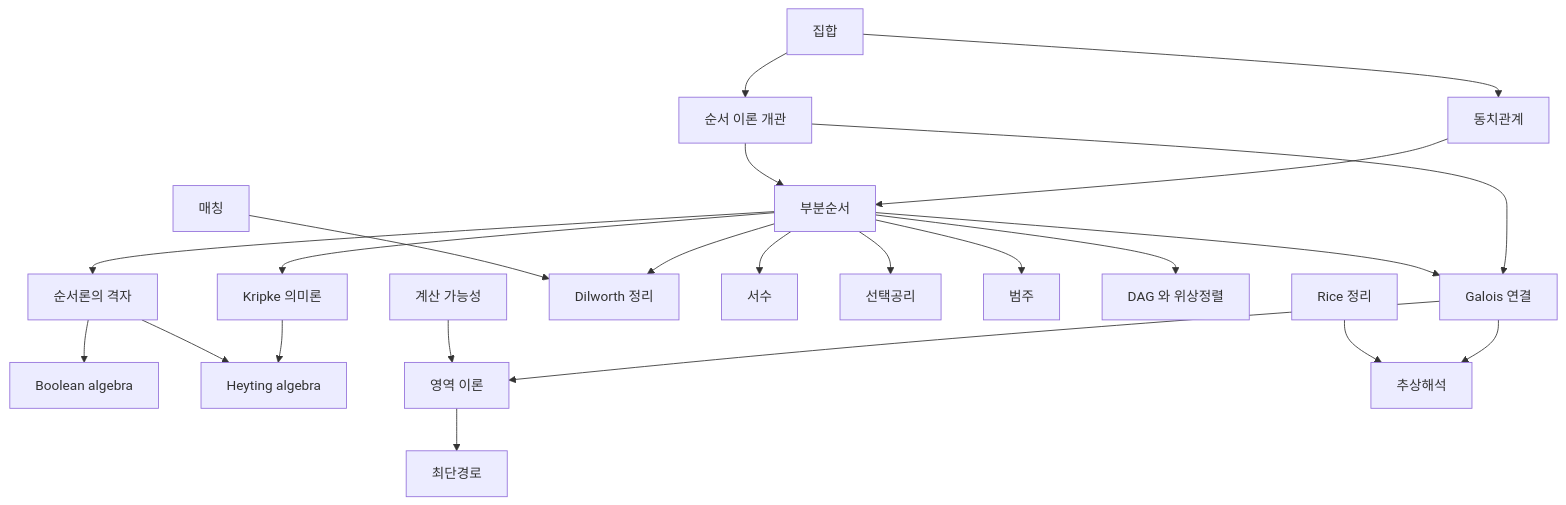
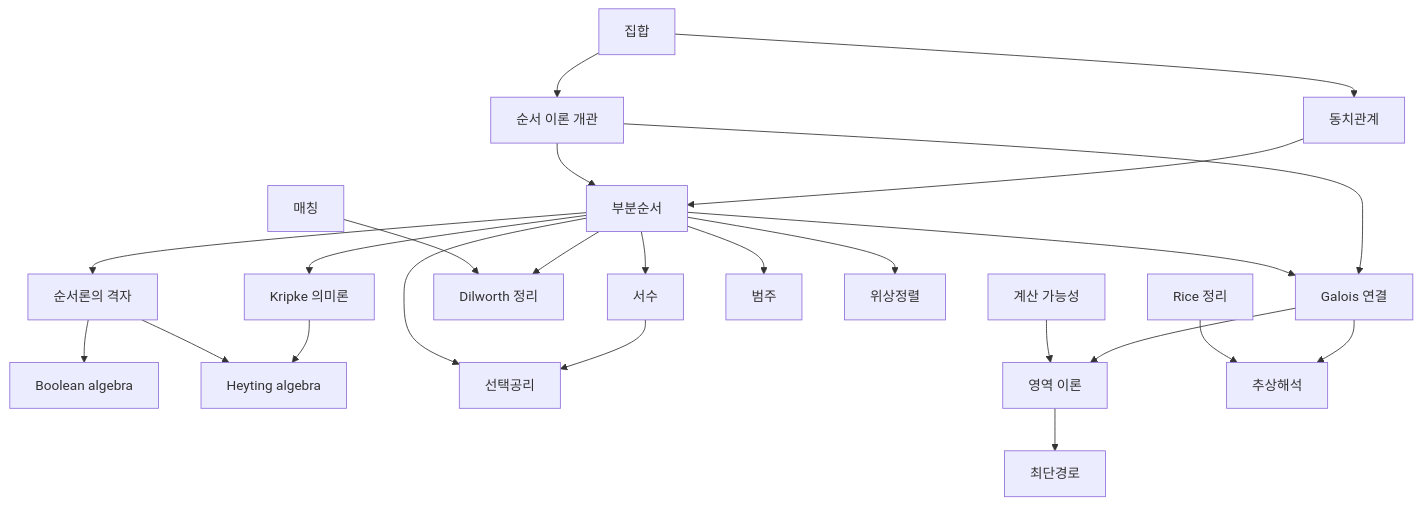
One commit to Phryxia/math-map changed the diagram in docs/order-theory-overview.md. Above: the diagram before and after it, drawn with Mermaid. The commit also changed other lines of this file, not shown here.

````diff
--- a/docs/order-theory-overview.md
+++ b/docs/order-theory-overview.md
@@ -13,25 +13,26 @@
 ```mermaid
 graph TD
   SETS["집합"] --> REL["동치관계"]
   SETS --> OTO["순서 이론 개관"]
   REL --> PO["부분순서"]
   OTO --> PO
   OTO --> GC["Galois 연결"]
   PO --> LAT["순서론의 격자"]
   LAT --> BA["Boolean algebra"]
   PO --> KS["Kripke 의미론"]
   KS --> HA["Heyting algebra"]
   LAT --> HA
   PO --> GC
   PO --> DW["Dilworth 정리"]
   PO --> ORD["서수"]
-  PO --> AC["선택공리"]
+  ORD --> AC["선택공리"]
+  PO --> AC
   PO --> CAT["범주"]
-  PO --> DAG["DAG 와 위상정렬"]
+  PO --> TS["위상정렬"]
   MAT["매칭"] --> DW
   GC --> DT["영역 이론"]
   GC --> AI["추상해석"]
   COMP["계산 가능성"] --> DT
   RICE["Rice 정리"] --> AI
   DT --> SP["최단경로"]
 ```
````
